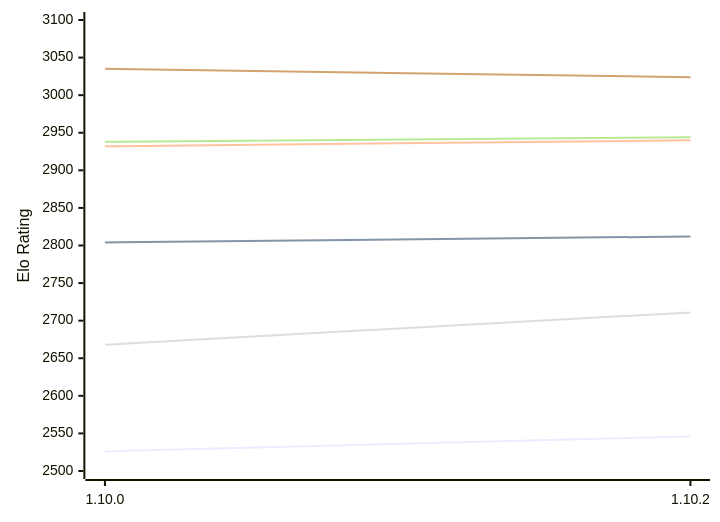
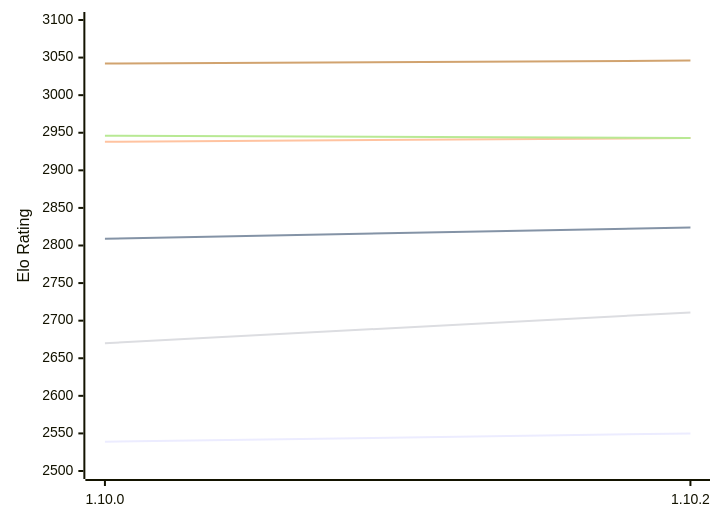
The first of 2 diagrams in engines/Basilisk.md (computer-chess-index/cci), drawn with Mermaid before and after one commit. The commit also changed other lines of this file, not shown here.

Commit message:
Update CCI Ratings (ELO VLTC) - 2026-10-16

````diff
--- a/engines/Basilisk.md
+++ b/engines/Basilisk.md
@@ -61,12 +61,12 @@
 ```mermaid
 %%{init: {"theme":"base","themeVariables":{"seriesColors:['#a3a3a3','#222221','#faa371']}}}%%
 xychart-beta
   x-axis ["1.10.0", "1.10.2"]
   y-axis "Elo Rating" 2500 --> 3100
-  line "E1: STC (8.0+0.08s)" [2526, 2546]
-  line "E1: LTC (60.0+0.60s)" [2804, 2812]
-  line "E1: VLTC (2m24s+1.12s)" [2932, 2940]
-  line "P1: STC (8.0+0.08s)" [2668, 2711]
-  line "P1: LTC (60.0+0.60s)" [2938, 2944]
-  line "P1: VLTC (2m24s+1.12s)" [3035, 3024]
+  line "E1: STC (8.0+0.08s)" [2539, 2550]
+  line "E1: LTC (60.0+0.60s)" [2809, 2824]
+  line "E1: VLTC (2m24s+1.12s)" [2938, 2943]
+  line "P1: STC (8.0+0.08s)" [2670, 2711]
+  line "P1: LTC (60.0+0.60s)" [2946, 2943]
+  line "P1: VLTC (2m24s+1.12s)" [3042, 3046]
 ```
````
